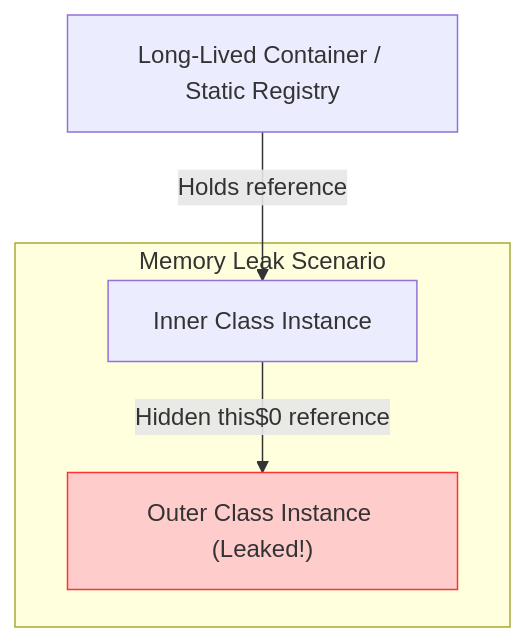
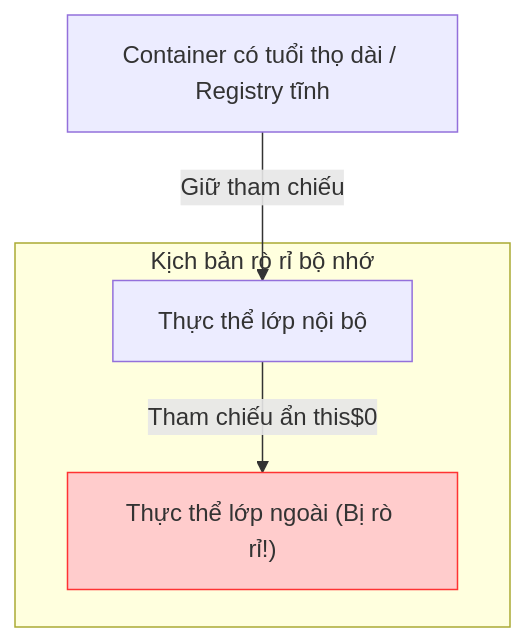
The second of 3 diagrams in vi/15-inner-nested-class/theory/01-nested-class-concepts.md (PhuThien2005/theoretical-of-java-core), drawn with Mermaid before and after one commit. The commit also changed other lines of this file and 229 other files, not shown here.

````diff
--- a/vi/15-inner-nested-class/theory/01-nested-class-concepts.md
+++ b/vi/15-inner-nested-class/theory/01-nested-class-concepts.md
@@ -175,11 +169,11 @@
 ```mermaid
 flowchart TD
-    LongLivedContainer["Long-Lived Container / Static Registry"]
-    subgraph Memory Leak Scenario
-        InnerInstance["Inner Class Instance"]
-        OuterInstance["Outer Class Instance (Leaked!)"]
+    LongLivedContainer["Container có tuổi thọ dài / Registry tĩnh"]
+    subgraph Memory Leak Scenario [Kịch bản rò rỉ bộ nhớ]
+        InnerInstance["Thực thể lớp nội bộ"]
+        OuterInstance["Thực thể lớp ngoài (Bị rò rỉ!)"]
     end
-    LongLivedContainer -->|Holds reference| InnerInstance
-    InnerInstance -->|Hidden this$0 reference| OuterInstance
+    LongLivedContainer -->|Giữ tham chiếu| InnerInstance
+    InnerInstance -->|Tham chiếu ẩn this$0| OuterInstance
     style OuterInstance fill:#ffcccc,stroke:#ff3333
 ```
````
